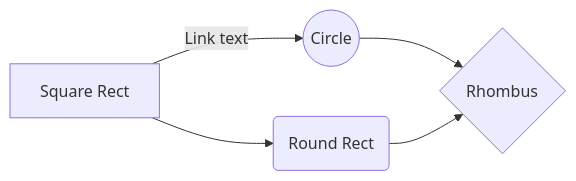
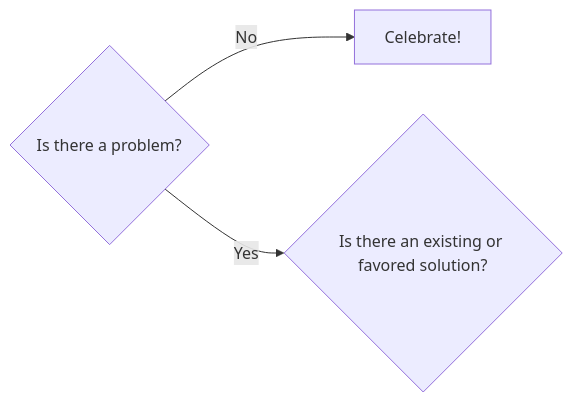
One commit to f1337/f1337.github.io changed the diagram in flowchart.md. Above: the diagram before and after it, drawn with Mermaid. The commit also changed other lines of this file, not shown here.

Commit message:
flowchart.md updated from https://stackedit.io/

````diff
--- a/flowchart.md
+++ b/flowchart.md
@@ -3,8 +3,6 @@
 ```mermaid
 graph LR
-A{Is there a problem}
-A[Square Rect] -- Link text --> B((Circle))
-A --> C(Round Rect)
-B --> D{Rhombus}
-C --> D
+A{Is there a problem?} -- No --> B[Celebrate!]
+A -- Yes --> C{Is there an existing or favored solution?}
+
 ```
````
